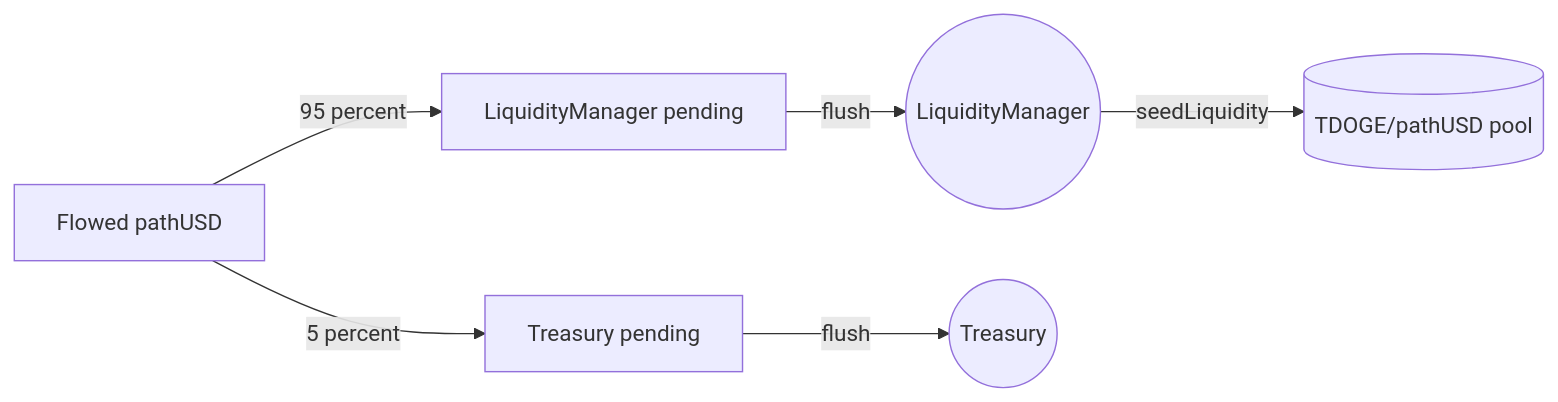
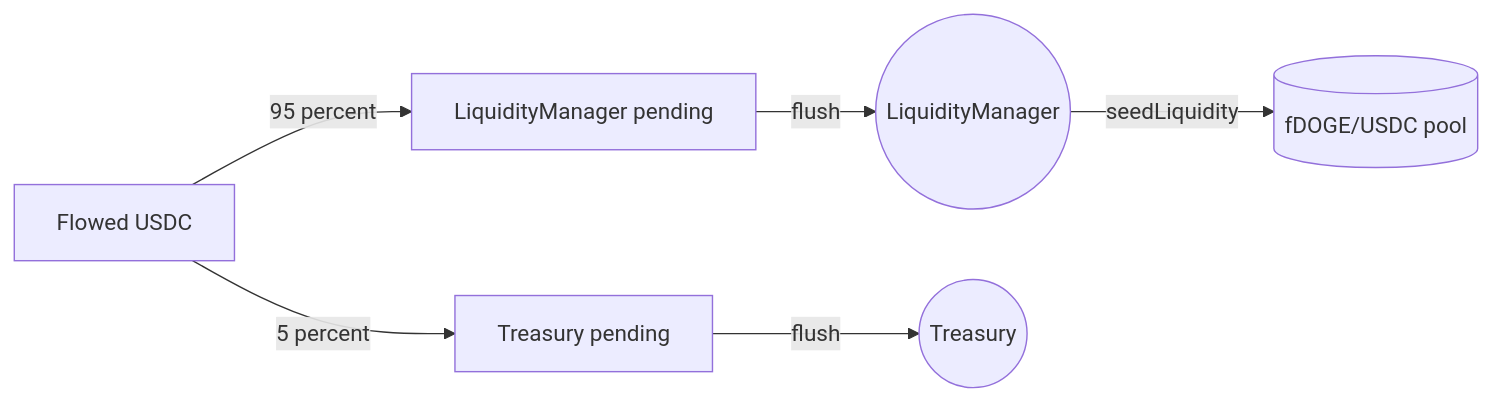
The seventh of 19 diagrams in WHITEPAPER.md (dudelynft-dotcom/DF), drawn with Mermaid before and after one commit. The commit also changed other lines of this file and 2 other files, not shown here.

````diff
--- a/WHITEPAPER.md
+++ b/WHITEPAPER.md
@@ -360,8 +355,8 @@
 ```mermaid
 flowchart LR
-    F[Flowed pathUSD] -->|95 percent| LM[LiquidityManager pending]
+    F[Flowed USDC] -->|95 percent| LM[LiquidityManager pending]
     F -->|5 percent| Tr[Treasury pending]
     LM -->|flush| LMSink((LiquidityManager))
     Tr -->|flush| TrSink((Treasury))
-    LMSink -->|seedLiquidity| Pool[(TDOGE/pathUSD pool)]
+    LMSink -->|seedLiquidity| Pool[(fDOGE/USDC pool)]
 ```
````
